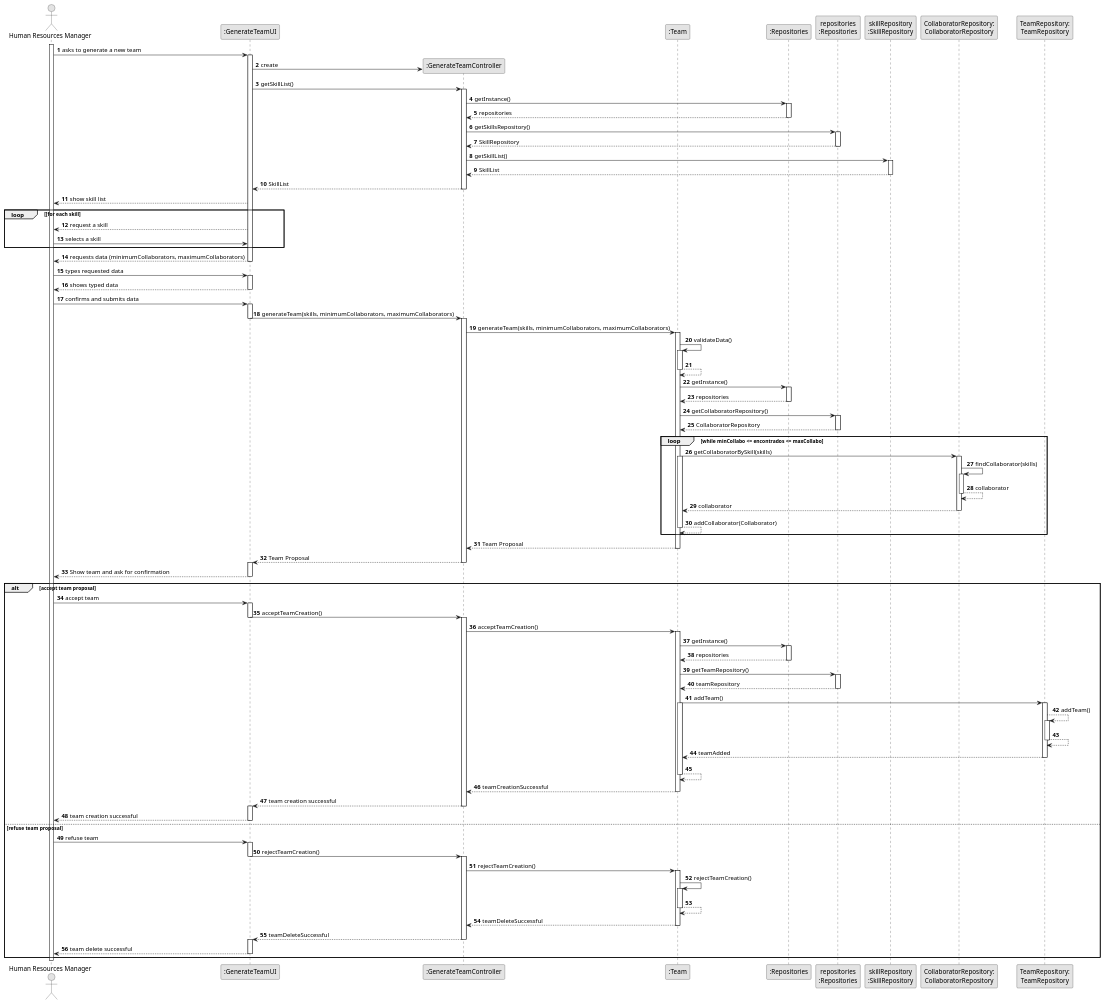
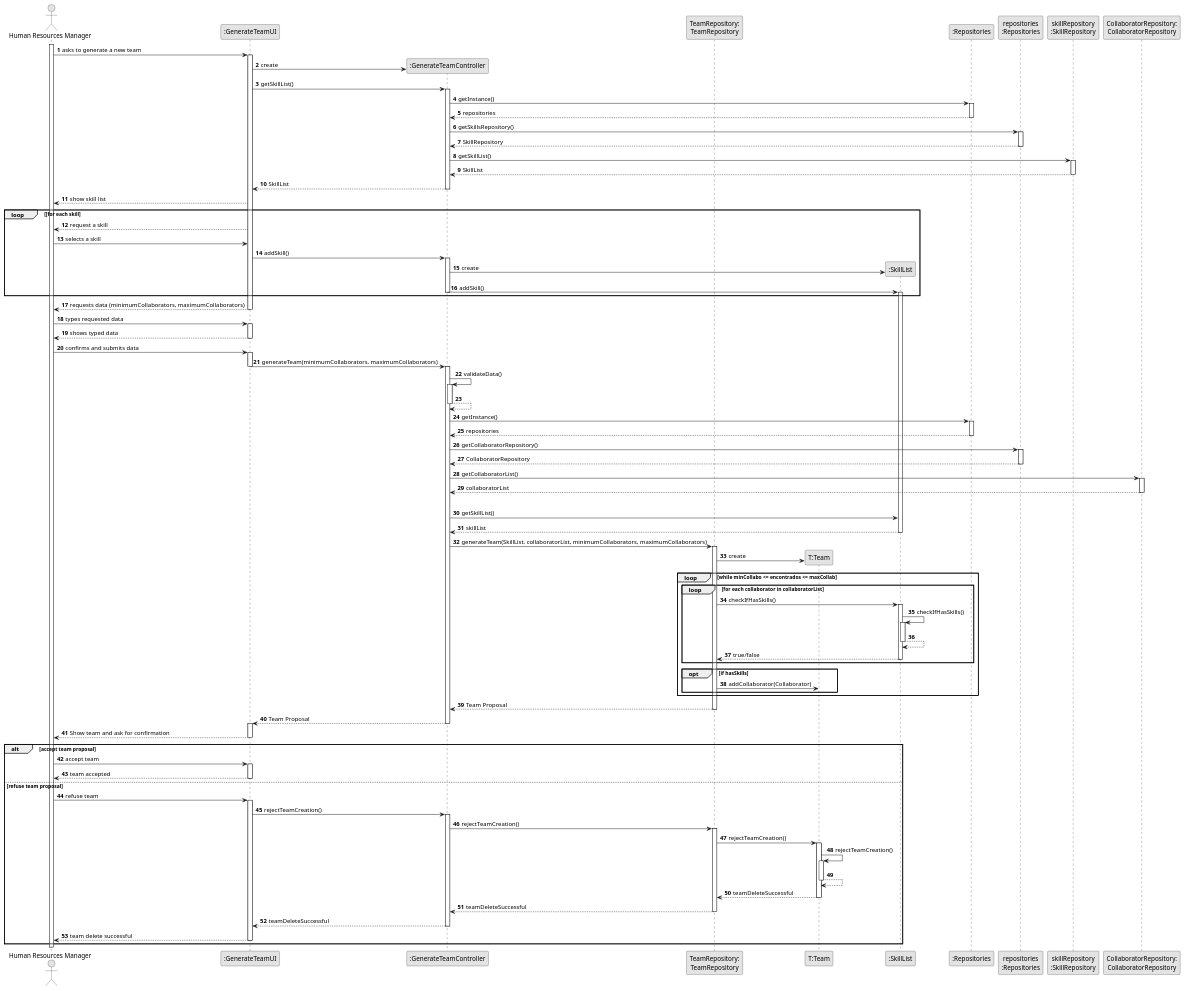
The diagram in docs/sprintB/us005/03.design/puml/us005-sequence-diagram-full.puml (SAEmanuel/Green_Spaces_Management_ISEP), drawn with PlantUML before and after one commit.

Commit message:
US005 - Design v2.8.0

```diff
--- a/docs/sprintB/us005/03.design/puml/us005-sequence-diagram-full.puml
+++ b/docs/sprintB/us005/03.design/puml/us005-sequence-diagram-full.puml
@@ -9,12 +9,13 @@
 actor "Human Resources Manager" as HRM
 participant ":GenerateTeamUI" as UI
 participant ":GenerateTeamController" as CTRL
-participant ":Team" as Team
+participant "TeamRepository:\nTeamRepository" as TeamRepository
+participant "T:Team" as T
+participant ":SkillList" as SkillList
 participant ":Repositories" as RepositorySingleton
 participant "repositories\n:Repositories" as PLAT
 participant "skillRepository\n:SkillRepository" as SkillRepository
 participant "CollaboratorRepository:\nCollaboratorRepository" as CollaboratorRepository
-participant "TeamRepository:\nTeamRepository" as TeamRepository
 
 
 activate HRM
@@ -55,7 +56,14 @@
             UI --> HRM : request a skill
 
         HRM -> UI : selects a skill
+        UI -> CTRL : addSkill()
+        activate CTRL
 
+        CTRL -> SkillList** : create
+
+        CTRL -> SkillList : addSkill()
+        deactivate CTRL
+        activate SkillList
     end
 
             UI --> HRM : requests data (minimumCollaborators, maximumCollaborators)
@@ -73,60 +81,74 @@
     HRM -> UI : confirms and submits data
     activate UI
 
-        UI -> CTRL : generateTeam(skills, minimumCollaborators, maximumCollaborators)
+        UI -> CTRL : generateTeam(minimumCollaborators, maximumCollaborators)
         deactivate UI
+
 
         activate CTRL
 
-            CTRL -> Team : generateTeam(skills, minimumCollaborators, maximumCollaborators)
+            CTRL -> CTRL : validateData()
+            activate CTRL
+                CTRL --> CTRL :
+            deactivate CTRL
 
-        activate Team
+            CTRL -> RepositorySingleton : getInstance()
+                activate RepositorySingleton
+
+                    RepositorySingleton --> CTRL: repositories
+                deactivate RepositorySingleton
+
+                CTRL -> PLAT : getCollaboratorRepository()
+            activate PLAT
+
+                PLAT --> CTRL : CollaboratorRepository
+            deactivate PLAT
+
+                CTRL -> CollaboratorRepository : getCollaboratorList()
+
+            activate CollaboratorRepository
+
+                CollaboratorRepository --> CTRL : collaboratorList
+
+            deactivate CollaboratorRepository
 
 
-                    Team -> Team : validateData()
-                    activate Team
+            |||
+            CTRL -> SkillList : getSkillList()
+            SkillList --> CTRL : skillList
+            deactivate SkillList
 
-                    Team --> Team :
-                    deactivate Team
+            CTRL -> TeamRepository : generateTeam(SkillList, collaboratorList, minimumCollaborators, maximumCollaborators)
+        activate TeamRepository
 
-                    Team -> RepositorySingleton : getInstance()
+            TeamRepository -> T** : create
 
-                    activate RepositorySingleton
+            loop while minCollabo <= encontrados <= maxCollab
+
+                loop for each collaborator in collaboratorList
+
+                    TeamRepository -> SkillList : checkIfHasSkills()
+                    activate SkillList
+
+                        SkillList -> SkillList : checkIfHasSkills()
+                    activate SkillList
+
+                        SkillList --> SkillList :
+                    deactivate SkillList
+
+                        SkillList --> TeamRepository : true/false
+                    deactivate SkillList
+                end
+
+                opt if hasSkills
+                    TeamRepository -> T : addCollaborator(Collaborator)
+                end
+            end
+
+                    TeamRepository --> CTRL : Team Proposal
+        deactivate TeamRepository
 
 
-                        RepositorySingleton --> Team: repositories
-                    deactivate RepositorySingleton
-
-                    Team -> PLAT : getCollaboratorRepository()
-                    activate PLAT
-
-                        PLAT --> Team : CollaboratorRepository
-                    deactivate PLAT
-
-                    loop while minCollabo <= encontrados <= maxCollabo
-                        Team -> CollaboratorRepository : getCollaboratorBySkill(skills)
-                        activate Team
-                        activate CollaboratorRepository
-
-                        CollaboratorRepository -> CollaboratorRepository : findCollaborator(skills)
-                        activate CollaboratorRepository
-                        CollaboratorRepository --> CollaboratorRepository: collaborator
-                        deactivate CollaboratorRepository
-
-
-
-                            CollaboratorRepository --> Team : collaborator
-                        deactivate CollaboratorRepository
-                        Team --> Team : addCollaborator(Collaborator)
-                        deactivate Team
-
-                    end
-
-
-
-                    Team --> CTRL : Team Proposal
-
-            deactivate Team
 
 
 
@@ -144,75 +166,38 @@
                 HRM -> UI : accept team
                 activate UI
 
-                UI -> CTRL : acceptTeamCreation()
-                deactivate UI
-                activate CTRL
-
-                CTRL -> Team : acceptTeamCreation()
-
-                activate Team
-
-                     Team -> RepositorySingleton : getInstance()
-                     activate RepositorySingleton
-
-                        RepositorySingleton --> Team: repositories
-                     deactivate RepositorySingleton
-
-
-                    Team -> PLAT : getTeamRepository()
-                    activate PLAT
-
-                    PLAT --> Team : teamRepository
-                    deactivate PLAT
-
-
-                    Team -> TeamRepository : addTeam()
-                    activate Team
-                    activate TeamRepository
-                    TeamRepository --> TeamRepository : addTeam()
-                    activate TeamRepository
-                    TeamRepository --> TeamRepository :
-                    deactivate TeamRepository
-
-
-
-
-                    TeamRepository --> Team : teamAdded
-                    deactivate TeamRepository
-                    Team --> Team
-                    deactivate Team
-
-                Team --> CTRL : teamCreationSuccessful
-                    deactivate Team
-                CTRL --> UI : team creation successful
-                deactivate CTRL
-                activate UI
-
-                UI --> HRM : team creation successful
+                    UI --> HRM : team accepted
                 deactivate UI
             else refuse team proposal
                HRM -> UI : refuse team
                activate UI
 
                UI -> CTRL : rejectTeamCreation()
-               deactivate UI
-
                activate CTRL
 
-               CTRL -> Team : rejectTeamCreation()
-               activate Team
+               CTRL -> TeamRepository : rejectTeamCreation()
 
-                Team -> Team : rejectTeamCreation()
-               activate Team
-               Team --> Team
-               deactivate Team
 
-               Team --> CTRL : teamDeleteSuccessful
-               deactivate Team
+                activate TeamRepository
+
+               TeamRepository -> T : rejectTeamCreation()
+
+               activate T
+                     T -> T: rejectTeamCreation()
+               activate T
+                     T --> T :
+               deactivate T
+
+               T --> TeamRepository : teamDeleteSuccessful
+               deactivate T
+
+
+               TeamRepository --> CTRL : teamDeleteSuccessful
+               deactivate TeamRepository
+
                CTRL --> UI : teamDeleteSuccessful
+
                deactivate CTRL
-               activate UI
-
                UI --> HRM : team delete successful
                deactivate UI
             end
```
